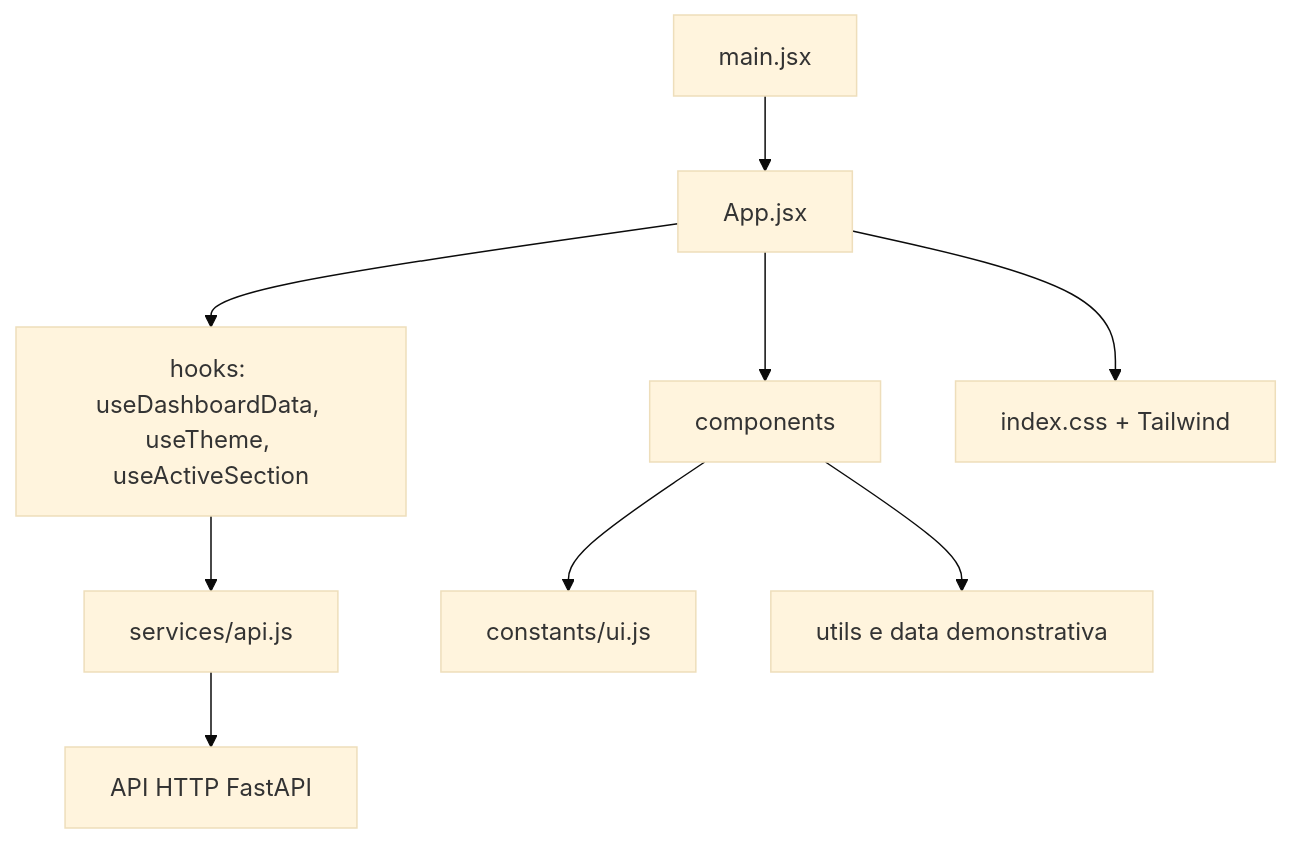
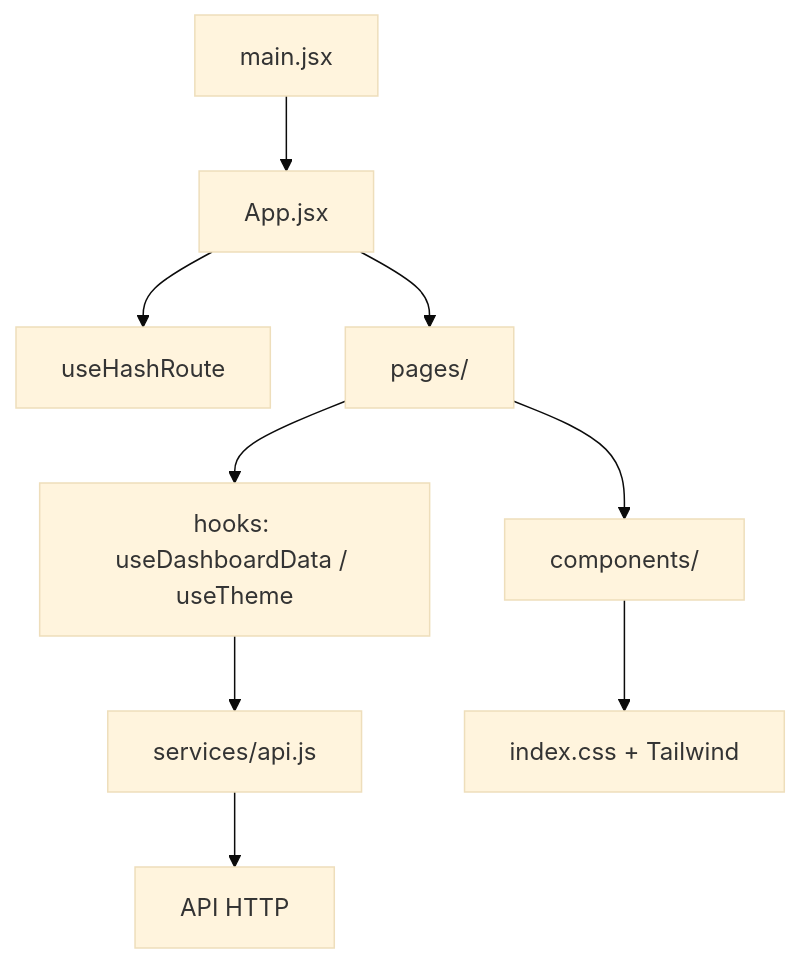
One commit to CarlosEduardoLemos/TimeTracker-2026-2 changed the diagram in FrontEnd/docs/ARQUITETURA.md. Above: the diagram before and after it, drawn with Mermaid (base theme). The commit also changed other lines of this file and 13 other files, not shown here.

````diff
--- a/FrontEnd/docs/ARQUITETURA.md
+++ b/FrontEnd/docs/ARQUITETURA.md
@@ -5,11 +5,11 @@
 ```mermaid
 flowchart TB
   M[main.jsx] --> A[App.jsx]
-  A --> H[hooks: useDashboardData, useTheme, useActiveSection]
+  A --> R[useHashRoute]
+  A --> P[pages/]
+  P --> C[components/]
+  P --> H[hooks: useDashboardData / useTheme]
   H --> S[services/api.js]
-  S --> API[API HTTP FastAPI]
-  A --> C[components]
-  C --> CONST[constants/ui.js]
-  C --> U[utils e data demonstrativa]
-  A --> CSS[index.css + Tailwind]
+  S --> API[API HTTP]
+  C --> CSS[index.css + Tailwind]
 ```
````
